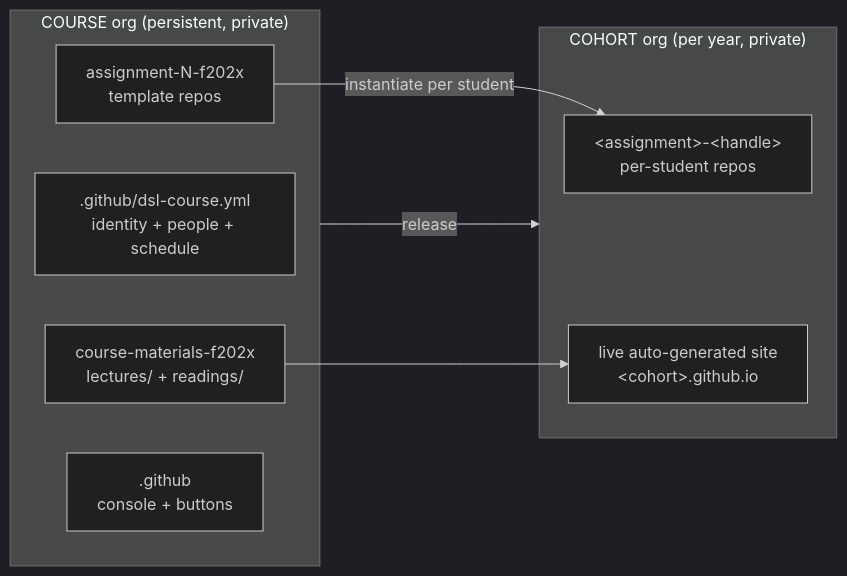
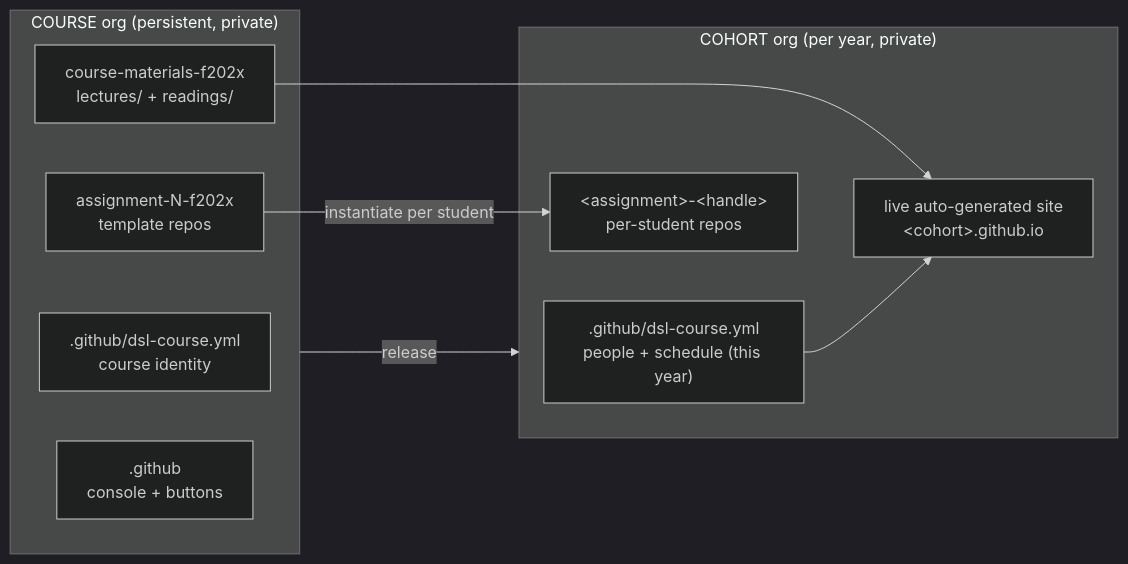
Before and after one commit to hertie-data-science-lab/dsl-teaching-course-setup: the diagram in docs/REQUIRED-INPUT-SCHEMA.md, drawn with Mermaid (dark theme). The commit also changed other lines of this file and 4 other files, not shown here.

First line of the commit message:
refactor(bootstrap): declare people + schedule per cohort, not course

````diff
--- a/docs/REQUIRED-INPUT-SCHEMA.md
+++ b/docs/REQUIRED-INPUT-SCHEMA.md
@@ -38,18 +38,20 @@
 ```mermaid
 flowchart LR
   subgraph COURSE["COURSE org (persistent, private)"]
-    cfg[".github/dsl-course.yml<br/>identity + people + schedule"]
+    cfg[".github/dsl-course.yml<br/>course identity"]
     mat["course-materials-f202x<br/>lectures/ + readings/"]
     tmpl["assignment-N-f202x<br/>template repos"]
     console[".github<br/>console + buttons"]
   end
 
   subgraph COHORT["COHORT org (per year, private)"]
+    ccfg[".github/dsl-course.yml<br/>people + schedule (this year)"]
     repos["&lt;assignment&gt;-&lt;handle&gt;<br/>per-student repos"]
     site["live auto-generated site<br/>&lt;cohort&gt;.github.io"]
   end
 
   COURSE -->|release| COHORT
   tmpl -->|instantiate per student| repos
   mat --> site
+  ccfg --> site
 ```
````
